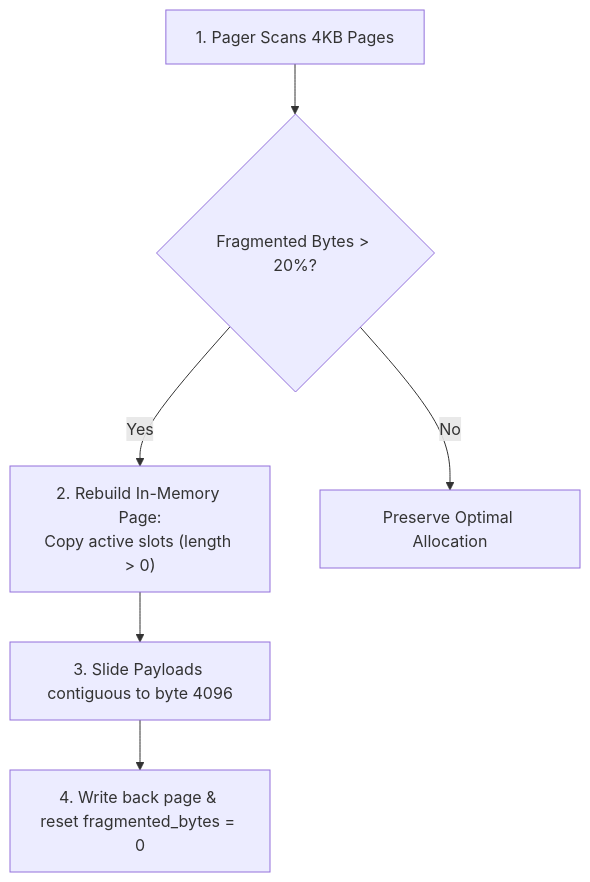
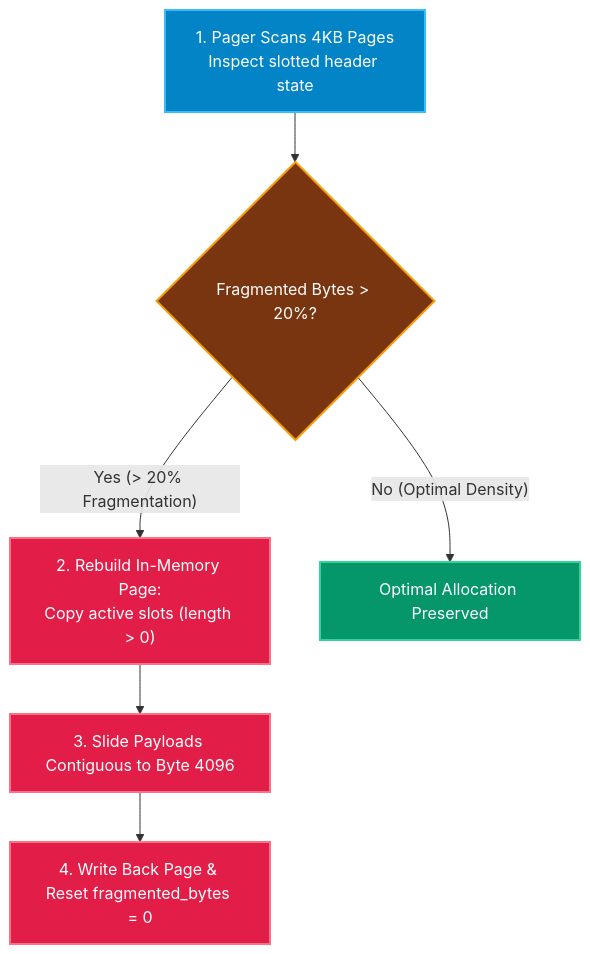
The diagram in docs/operations/backup-recovery.md (KAAZamapiloT/QUARTZ_DB), drawn with Mermaid before and after one commit. The commit also changed 9 other files, not shown here.

````diff
--- a/docs/operations/backup-recovery.md
+++ b/docs/operations/backup-recovery.md
@@ -61,8 +61,13 @@
 ```mermaid
 flowchart TD
-    Scan["1. Pager Scans 4KB Pages"] --> CheckFrag{"Fragmented Bytes &gt; 20%?"}
-    CheckFrag -- "Yes" --> CompactPass["2. Rebuild In-Memory Page:<br>Copy active slots (length &gt; 0)"]
-    CompactPass --> Slide["3. Slide Payloads contiguous to byte 4096"]
-    Slide --> ZeroFrag["4. Write back page &amp; reset fragmented_bytes = 0"]
-    CheckFrag -- "No" --> Retain["Preserve Optimal Allocation"]
+    classDef stepScan fill:#0284c7,stroke:#38bdf8,stroke-width:2px,color:#ffffff;
+    classDef stepCheck fill:#78350f,stroke:#f59e0b,stroke-width:2px,color:#ffffff;
+    classDef stepAct fill:#e11d48,stroke:#fb7185,stroke-width:2px,color:#ffffff;
+    classDef stepOk fill:#059669,stroke:#34d399,stroke-width:2px,color:#ffffff;
+
+    Scan["1. Pager Scans 4KB Pages<br>Inspect slotted header state"]:::stepScan --> CheckFrag{"Fragmented Bytes &gt; 20%?"}:::stepCheck
+    CheckFrag -- "Yes (&gt; 20% Fragmentation)" --> CompactPass["2. Rebuild In-Memory Page:<br>Copy active slots (length &gt; 0)"]:::stepAct
+    CompactPass --> Slide["3. Slide Payloads Contiguous to Byte 4096"]:::stepAct
+    Slide --> ZeroFrag["4. Write Back Page &amp; Reset fragmented_bytes = 0"]:::stepAct
+    CheckFrag -- "No (Optimal Density)" --> Retain["Optimal Allocation Preserved"]:::stepOk
 ```
````
